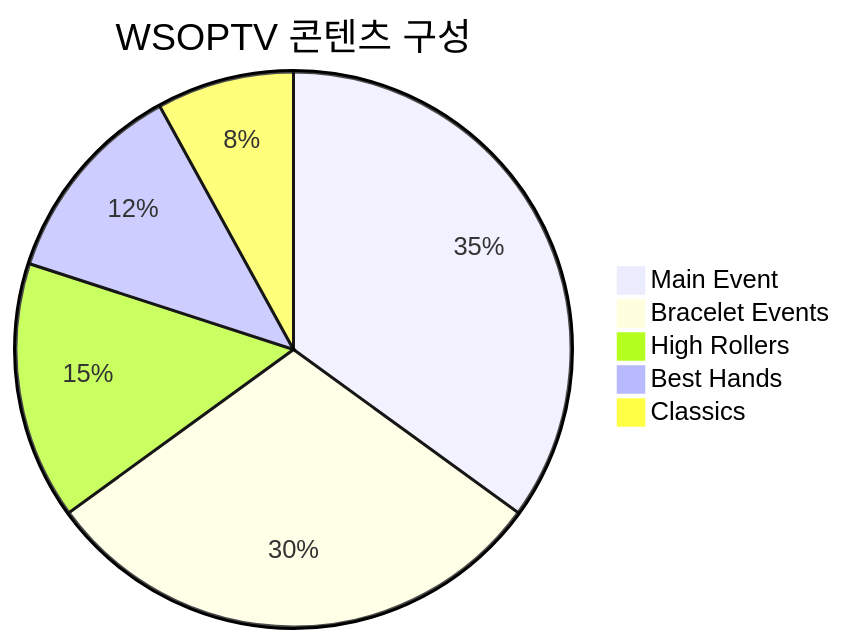
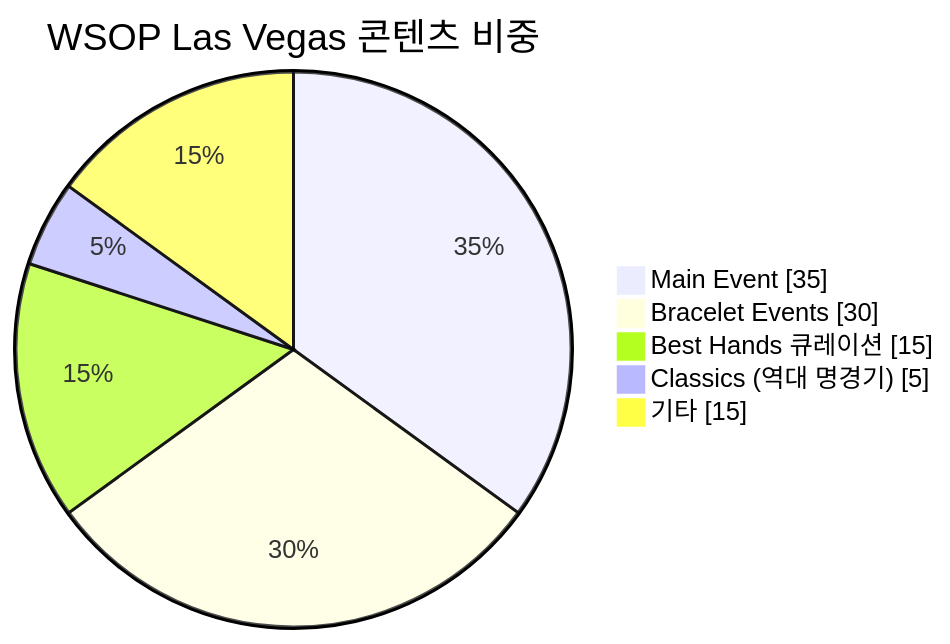
Before and after one commit to garimto81/wsoptv_v2: the sixth of 20 diagrams in tasks/prds/0010-prd-wsoptv/03-content-strategy.md, drawn with Mermaid. The commit also changed other lines of this file and 67 other files, not shown here.

````diff
--- a/tasks/prds/0010-prd-wsoptv/03-content-strategy.md
+++ b/tasks/prds/0010-prd-wsoptv/03-content-strategy.md
@@ -89,8 +126,9 @@
 ```mermaid
-pie title WSOPTV 콘텐츠 구성
+pie showData
+    title WSOP Las Vegas 콘텐츠 비중
     "Main Event" : 35
     "Bracelet Events" : 30
-    "High Rollers" : 15
-    "Best Hands" : 12
-    "Classics" : 8
+    "Best Hands 큐레이션" : 15
+    "Classics (역대 명경기)" : 5
+    "기타" : 15
 ```
````
